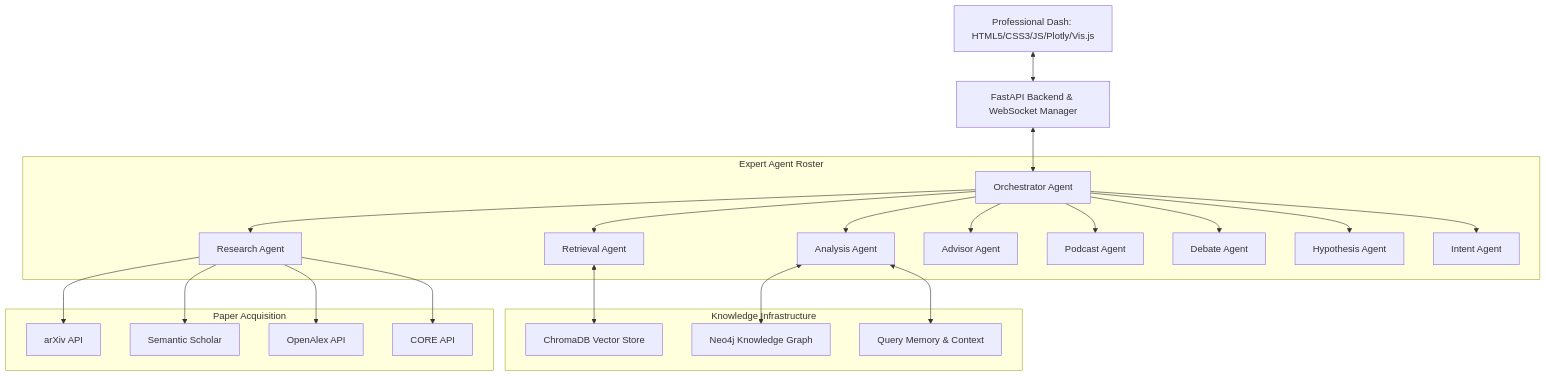
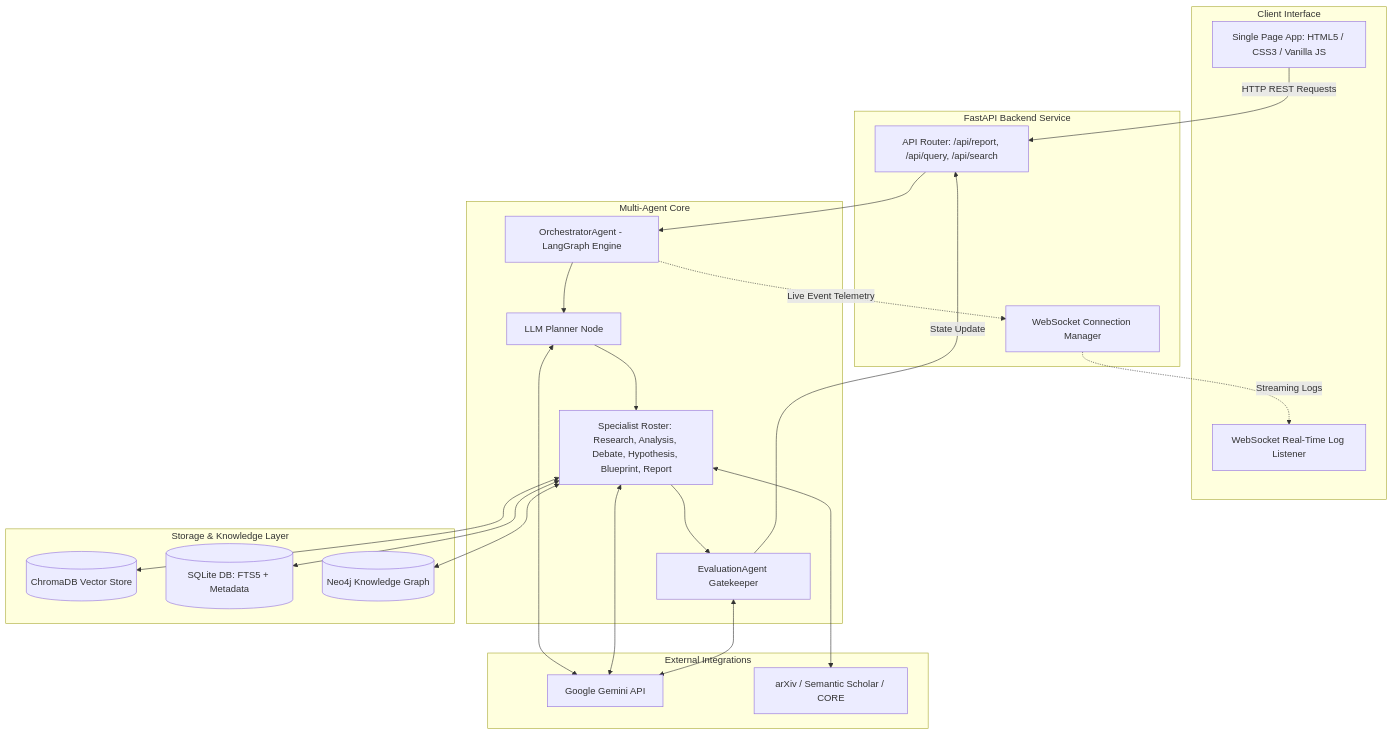
One commit to VishnuKondaveeti/agentic-research-matrix changed the second of 2 diagrams in README.md. Above: the diagram before and after it, drawn with Mermaid. The commit also changed other lines of this file and 22 other files, not shown here.

Commit message:
docs: update README with comprehensive A.I.R.A. architecture & system docs; fix: stability improvements in vector retrieval and agents

````diff
--- a/README.md
+++ b/README.md
@@ -7,29 +222,46 @@
 ```mermaid
-graph TD
-    UI[Professional Dash: HTML5/CSS3/JS/Plotly/Vis.js] <--> API[FastAPI Backend & WebSocket Manager]
-    API <--> ORCH[Orchestrator Agent]
+graph TB
+    subgraph ClientLayer [Client Interface]
+        UI[Single Page App: HTML5 / CSS3 / Vanilla JS]
+        WSClient[WebSocket Real-Time Log Listener]
+    end
+
+    subgraph APILayer [FastAPI Backend Service]
+        Router[API Router: /api/report, /api/query, /api/search]
+        WSManager[WebSocket Connection Manager]
+    end
+
+    subgraph AgenticLayer [Multi-Agent Core]
+        Orchestrator[OrchestratorAgent - LangGraph Engine]
+        Planner[LLM Planner Node]
+        Evaluator[EvaluationAgent Gatekeeper]
+        Specialists[Specialist Roster: Research, Analysis, Debate, Hypothesis, Blueprint, Report]
+    end
+
+    subgraph DataLayer [Storage & Knowledge Layer]
+        Chroma[(ChromaDB Vector Store)]
+        SQLite[(SQLite DB: FTS5 + Metadata)]
+        Neo4j[(Neo4j Knowledge Graph)]
+    end
+
+    subgraph ExternalServices [External Integrations]
+        GeminiAPI[Google Gemini API]
+        AcademicAPIs[arXiv / Semantic Scholar / CORE]
+    end
+
+    UI -->|HTTP REST Requests| Router
+    Router --> Orchestrator
+    Orchestrator --> Planner
+    Planner --> Specialists
+    Specialists --> Evaluator
+    Evaluator -->|State Update| Router
     
-    subgraph "Expert Agent Roster"
-        ORCH --> RES[Research Agent]
-        ORCH --> RET[Retrieval Agent]
-        ORCH --> ANA[Analysis Agent]
-        ORCH --> ADV[Advisor Agent]
-        ORCH --> POD[Podcast Agent]
-        ORCH --> DEB[Debate Agent]
-        ORCH --> HYP[Hypothesis Agent]
-        ORCH --> INT[Intent Agent]
-    end
+    Orchestrator -.->|Live Event Telemetry| WSManager
+    WSManager -.->|Streaming Logs| WSClient
     
-    subgraph "Knowledge Infrastructure"
-        RET <--> VDB[ChromaDB Vector Store]
-        ANA <--> KG[Neo4j Knowledge Graph]
-        ANA <--> MEM[Query Memory & Context]
-    end
-    
-    subgraph "Paper Acquisition"
-        RES --> ARX[arXiv API]
-        RES --> SEM[Semantic Scholar]
-        RES --> OAL[OpenAlex API]
-        RES --> COR[CORE API]
-    end
+    Specialists <--> Chroma
+    Specialists <--> SQLite
+    Specialists <--> Neo4j
+    Specialists <--> AcademicAPIs
+    Planner & Specialists & Evaluator <--> GeminiAPI
 ```
````
